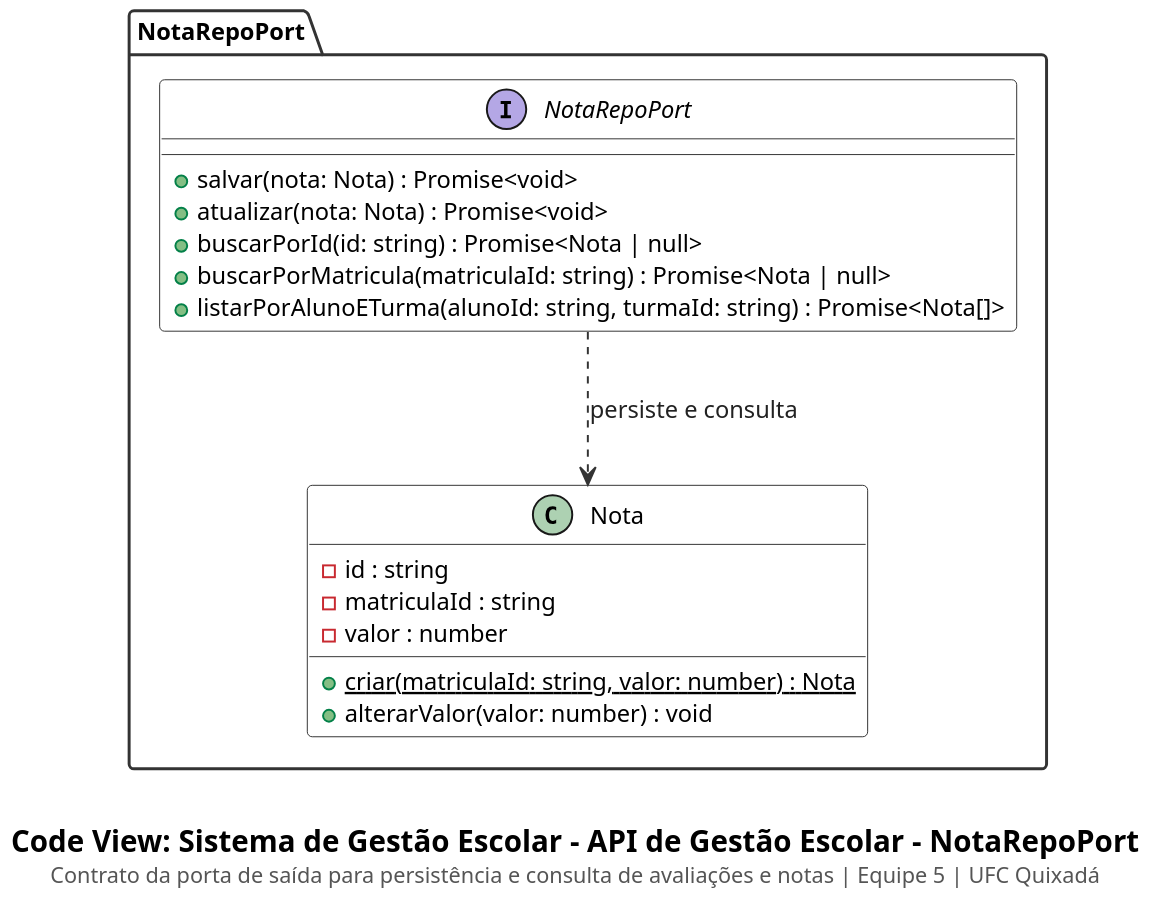
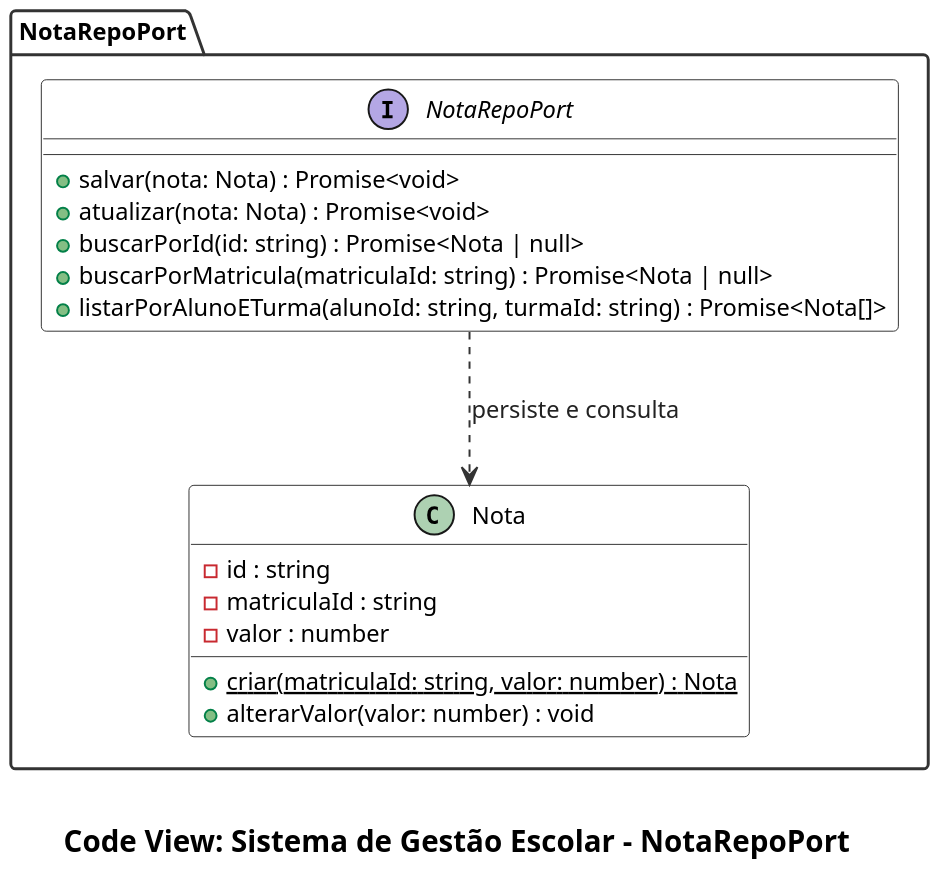
The diagram in docs/code/nota-repo-port.puml (cicerocarnauba/sistema-gestao-escolar), drawn with PlantUML before and after one commit. The commit also changed 16 other files, not shown here.

Commit message:
docs: limpa legendas/timestamp dos diagramas C4 e atualiza README

```diff
--- a/docs/code/nota-repo-port.puml
+++ b/docs/code/nota-repo-port.puml
@@ -1,42 +1,42 @@
 @startuml
 set separator none
 top to bottom direction
 skinparam backgroundColor #FFFFFF
 skinparam shadowing false
 skinparam dpi 180
 skinparam defaultFontName "SansSerif"
 skinparam defaultFontSize 12
 skinparam packageStyle folder
 skinparam packageBackgroundColor #FFFFFF
 skinparam packageBorderColor #333333
 skinparam packageFontStyle bold
 skinparam classBackgroundColor #FFFFFF
 skinparam classHeaderBackgroundColor #FFFFFF
 skinparam classBorderColor #333333
 skinparam arrowColor #333333
 skinparam arrowFontColor #222222
 skinparam noteBackgroundColor #FAFAFA
 skinparam noteBorderColor #666666
 
 package "NotaRepoPort" as pkg_nota_repo_port {
     interface NotaRepoPort {
         + salvar(nota: Nota) : Promise<void>
         + atualizar(nota: Nota) : Promise<void>
         + buscarPorId(id: string) : Promise<Nota | null>
         + buscarPorMatricula(matriculaId: string) : Promise<Nota | null>
         + listarPorAlunoETurma(alunoId: string, turmaId: string) : Promise<Nota[]>
     }
 
     class Nota {
         - id : string
         - matriculaId : string
         - valor : number
         + {static} criar(matriculaId: string, valor: number) : Nota
         + alterarValor(valor: number) : void
     }
 
     NotaRepoPort ..> Nota : persiste e consulta
 }
 
-caption \n<size:15><b>Code View: Sistema de Gestão Escolar - API de Gestão Escolar - NotaRepoPort</b></size>\n<size:11><color:#555555>Contrato da porta de saída para persistência e consulta de avaliações e notas | Equipe 5 | UFC Quixadá</color></size>
+caption \n<size:15><b>Code View: Sistema de Gestão Escolar - NotaRepoPort</b></size>
 @enduml
```
